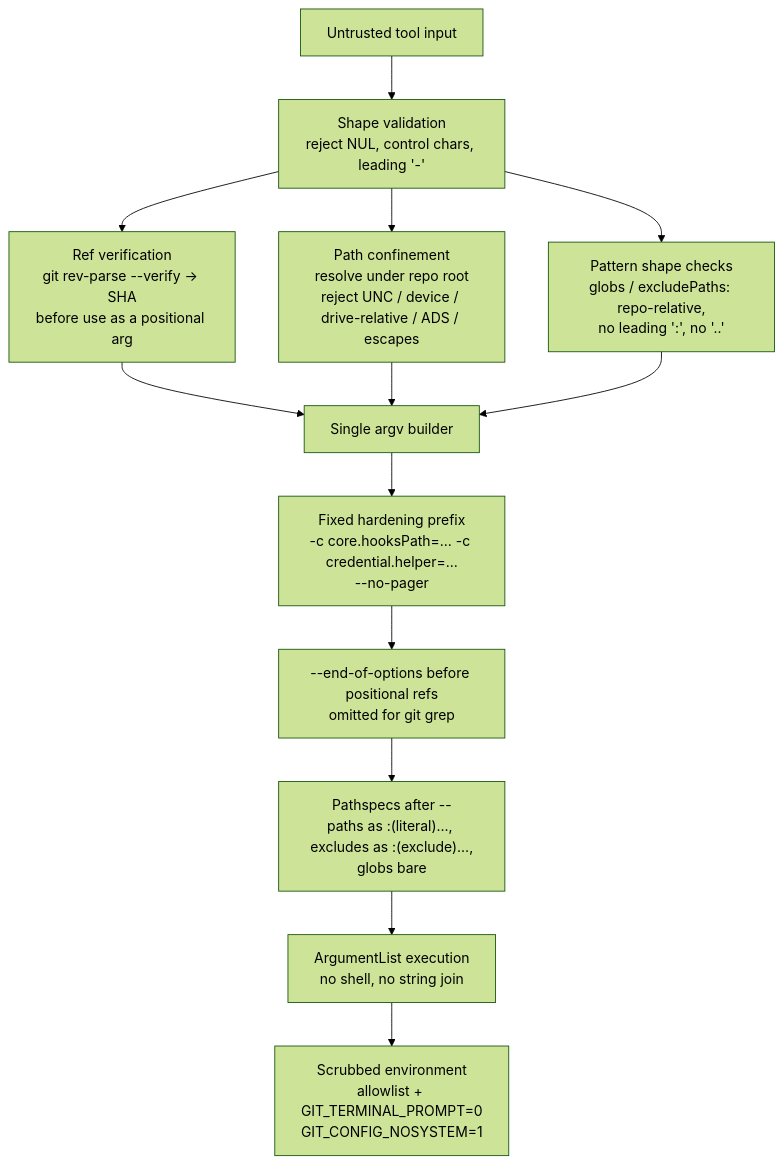
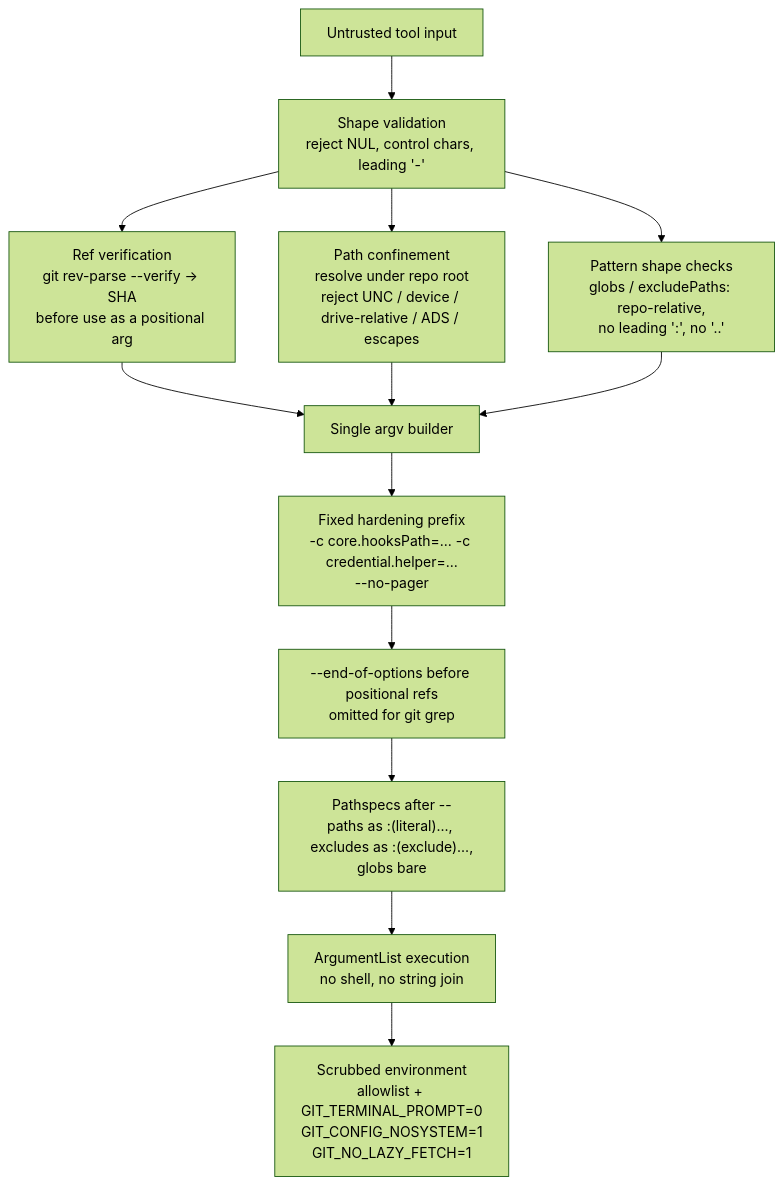
Diagram 14 of 14 in src/RaccoonNinja.McpToolset.Server.GitOps/README.md (brenordv/mcp-toolset), drawn with Mermaid (forest theme) before and after one commit. The commit also changed other lines of this file and 8 other files, not shown here.

First line of the commit message:
**Prevent lazy fetching of missing objects by enforcing `GIT_NO_LAZY_FETCH=1`**

````diff
--- a/src/RaccoonNinja.McpToolset.Server.GitOps/README.md
+++ b/src/RaccoonNinja.McpToolset.Server.GitOps/README.md
@@ -522,15 +522,15 @@
 ```mermaid
 flowchart TD
     A[Untrusted tool input] --> B[Shape validation<br/>reject NUL, control chars, leading '-']
     B --> C[Ref verification<br/>git rev-parse --verify → SHA<br/>before use as a positional arg]
     B --> D[Path confinement<br/>resolve under repo root<br/>reject UNC / device / drive-relative / ADS / escapes]
     B --> P["Pattern shape checks<br/>globs / excludePaths: repo-relative,<br/>no leading ':', no '..'"]
     C --> E[Single argv builder]
     D --> E
     P --> E
     E --> F[Fixed hardening prefix<br/>-c core.hooksPath=… -c credential.helper=…<br/>--no-pager]
     F --> G[--end-of-options before positional refs<br/>omitted for git grep]
     G --> S["Pathspecs after --<br/>paths as :(literal)…, excludes as :(exclude)…,<br/>globs bare"]
     S --> H[ArgumentList execution<br/>no shell, no string join]
-    H --> I[Scrubbed environment<br/>allowlist + GIT_TERMINAL_PROMPT=0<br/>GIT_CONFIG_NOSYSTEM=1]
+    H --> I[Scrubbed environment<br/>allowlist + GIT_TERMINAL_PROMPT=0<br/>GIT_CONFIG_NOSYSTEM=1<br/>GIT_NO_LAZY_FETCH=1]
 ```
````
